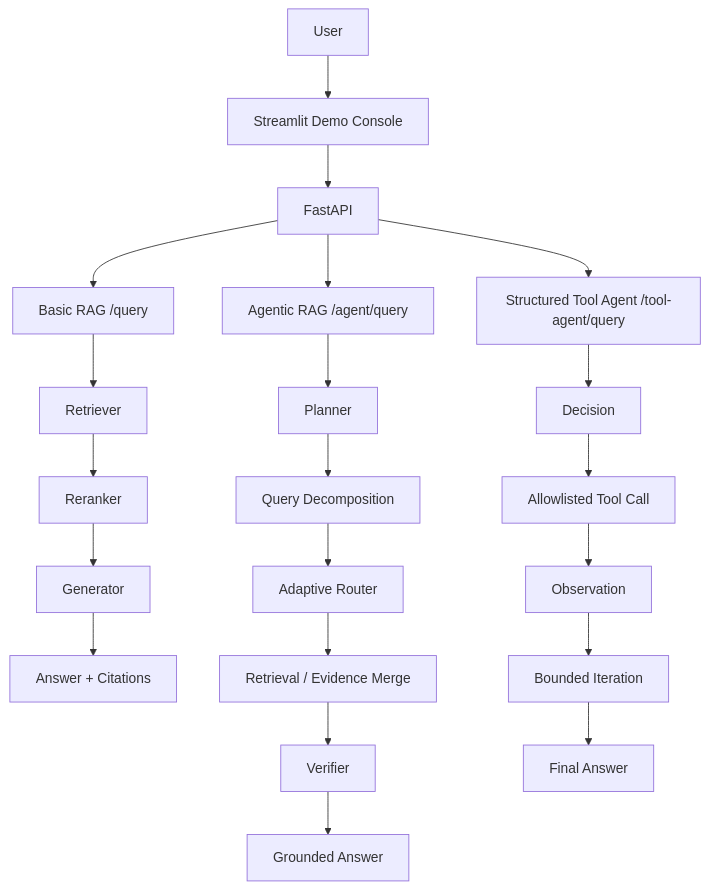
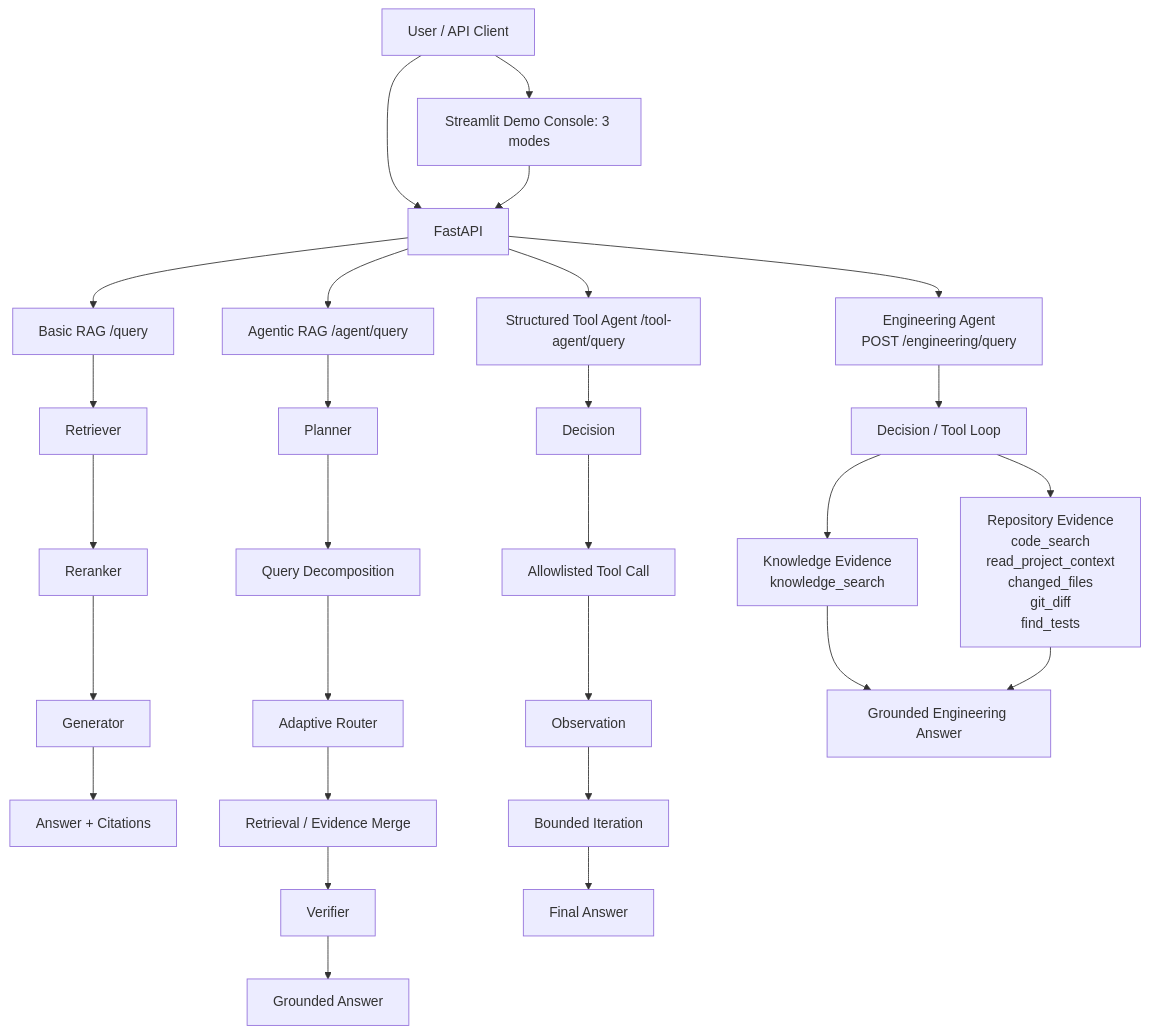
Before and after one commit to wgqa/my_agent: the diagram in README.md, drawn with Mermaid. The commit also changed other lines of this file and 1 other file, not shown here.

Commit message:
docs: align readme with engineering agent surface

````diff
--- a/README.md
+++ b/README.md
@@ -23,26 +24,34 @@
 ```mermaid
 flowchart TD
-    U[User] --> UI[Streamlit Demo Console]
-    UI --> API[FastAPI]
+    U[User / API Client] --> API[FastAPI]
+    U --> UI[Streamlit Demo Console: 3 modes]
+    UI --> API
 
     API --> B[Basic RAG /query]
     B --> BR[Retriever]
     BR --> RR[Reranker]
     RR --> BG[Generator]
     BG --> BA[Answer + Citations]
 
     API --> A[Agentic RAG /agent/query]
     A --> P[Planner]
     P --> D[Query Decomposition]
     D --> R[Adaptive Router]
     R --> E[Retrieval / Evidence Merge]
     E --> V[Verifier]
     V --> G[Grounded Answer]
 
     API --> T[Structured Tool Agent /tool-agent/query]
     T --> TD[Decision]
     TD --> TC[Allowlisted Tool Call]
     TC --> O[Observation]
     O --> L[Bounded Iteration]
     L --> TF[Final Answer]
+
+    API --> EA[Engineering Agent<br/>POST /engineering/query]
+    EA --> DL[Decision / Tool Loop]
+    DL --> KE[Knowledge Evidence<br/>knowledge_search]
+    DL --> RE[Repository Evidence<br/>code_search<br/>read_project_context<br/>changed_files<br/>git_diff<br/>find_tests]
+    KE --> EF[Grounded Engineering Answer]
+    RE --> EF
 ```
````
